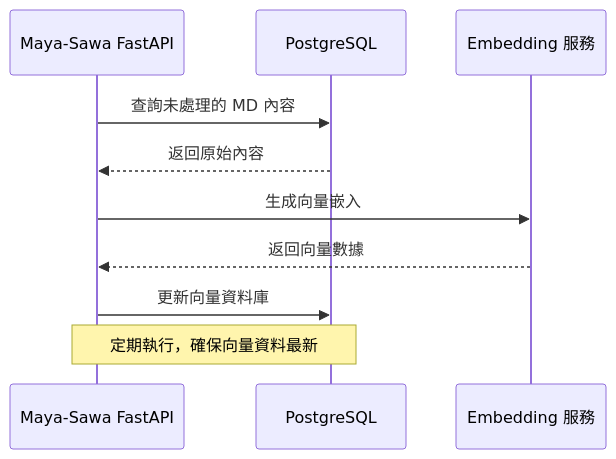
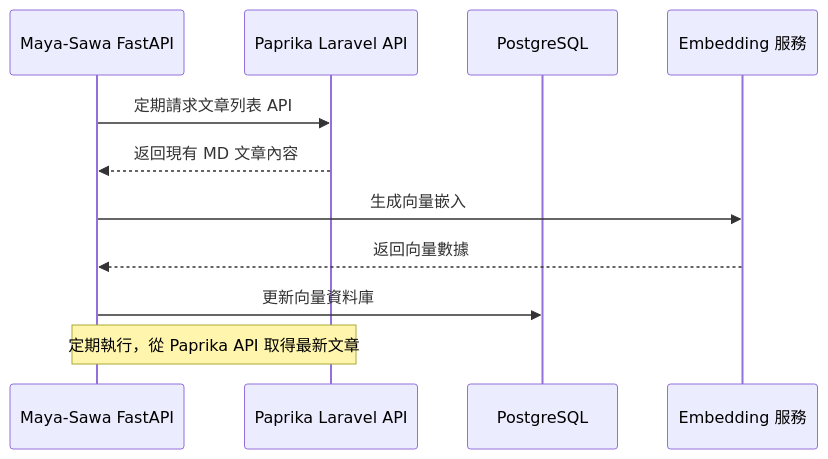
The tenth of 11 diagrams in README.md (Vinskao/ty-multiverse), drawn with Mermaid before and after one commit. The commit also changed other lines of this file, not shown here.

Commit message:
info: 更正問答系統架構圖，讓 Maya-Sawa 從 Paprika 的 API 取得現有文章 MD 內容

````diff
--- a/README.md
+++ b/README.md
@@ -530,13 +533,14 @@
 ```mermaid
 sequenceDiagram
     participant MayaSawa as Maya-Sawa FastAPI
+    participant Paprika as Paprika Laravel API
     participant PG as PostgreSQL
     participant Embedding as Embedding 服務
     
-    MayaSawa->>PG: 查詢未處理的 MD 內容
-    PG-->>MayaSawa: 返回原始內容
+    MayaSawa->>Paprika: 定期請求文章列表 API
+    Paprika-->>MayaSawa: 返回現有 MD 文章內容
     MayaSawa->>Embedding: 生成向量嵌入
     Embedding-->>MayaSawa: 返回向量數據
     MayaSawa->>PG: 更新向量資料庫
-    Note over MayaSawa,PG: 定期執行，確保向量資料最新
+    Note over MayaSawa,Paprika: 定期執行，從 Paprika API 取得最新文章
 ```
````
